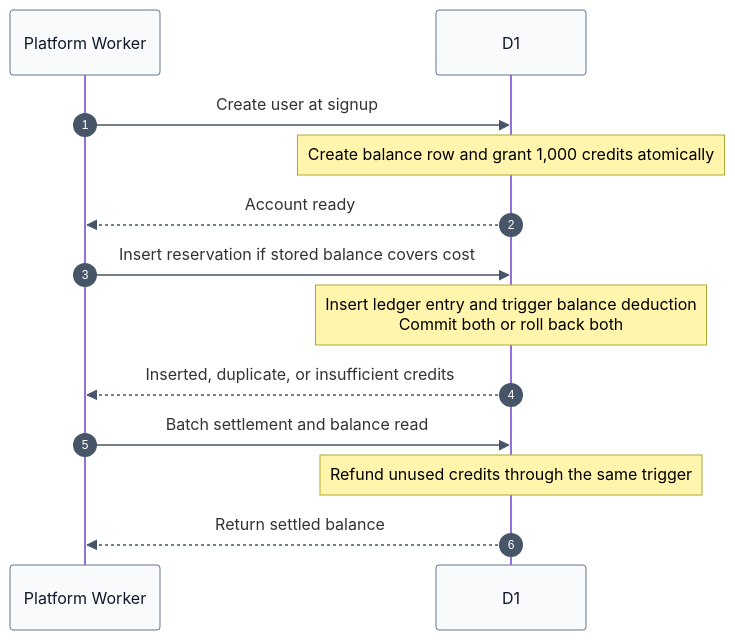
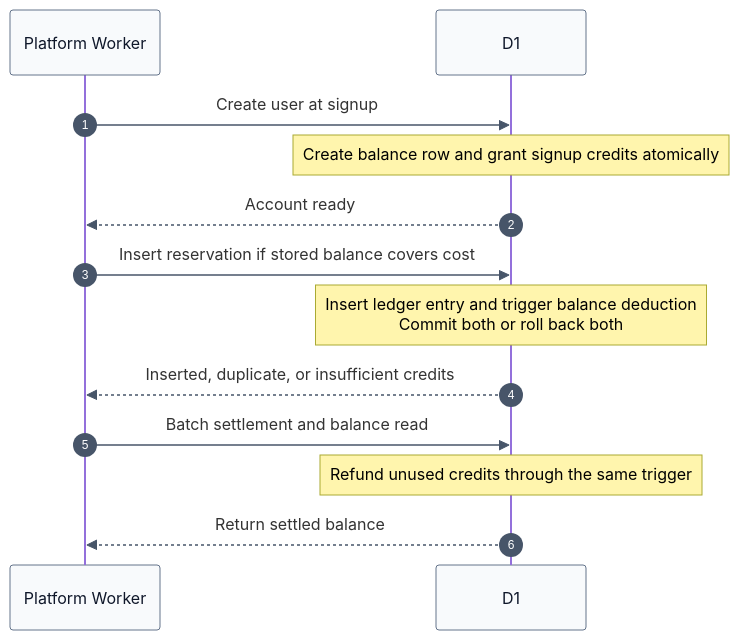
The first of 4 diagrams in reference/engineering/CREDIT_ACCOUNTING.md (devhims/video2ctx), drawn with Mermaid before and after one commit. The commit also changed other lines of this file and 25 other files, not shown here.

Commit message:
feat: offer $10 in signup credits for the product hunt launch

````diff
--- a/reference/engineering/CREDIT_ACCOUNTING.md
+++ b/reference/engineering/CREDIT_ACCOUNTING.md
@@ -15,16 +15,16 @@
 ```mermaid
 %%{init: {"themeVariables": {"sequenceNumberColor": "#ffffff", "signalColor": "#475569", "actorBkg": "#f8fafc", "actorTextColor": "#0f172a", "actorBorder": "#64748b"}}}%%
 sequenceDiagram
     autonumber
     participant App as Platform Worker
     participant DB as D1
     App->>DB: Create user at signup
-    Note over DB: Create balance row and grant 1,000 credits atomically
+    Note over DB: Create balance row and grant signup credits atomically
     DB-->>App: Account ready
     App->>DB: Insert reservation if stored balance covers cost
     Note over DB: Insert ledger entry and trigger balance deduction<br/>Commit both or roll back both
     DB-->>App: Inserted, duplicate, or insufficient credits
     App->>DB: Batch settlement and balance read
     Note over DB: Refund unused credits through the same trigger
     DB-->>App: Return settled balance
 ```
````
